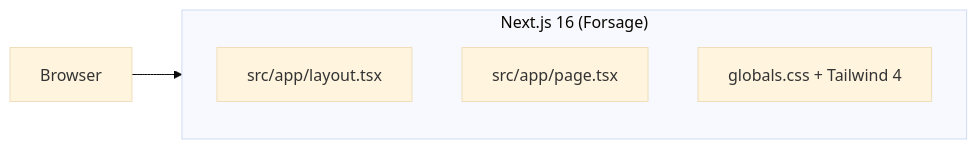
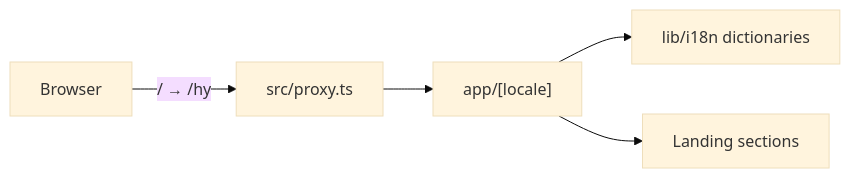
Before and after one commit to neetrino/forsageimport.am: the first of 2 diagrams in project-docs/03_ARCHITECTURE.md, drawn with Mermaid (base theme). The commit also changed other lines of this file and 120 other files, not shown here.

First line of the commit message:
Ship Forsage MVP: locale landing, calculator, lead capture, security, and QA.

````diff
--- a/project-docs/03_ARCHITECTURE.md
+++ b/project-docs/03_ARCHITECTURE.md
@@ -12,9 +12,7 @@
 ```mermaid
 flowchart LR
-  Browser --> NextApp
-  subgraph NextApp["Next.js 16 (Forsage)"]
-    Layout["src/app/layout.tsx"]
-    Page["src/app/page.tsx"]
-    CSS["globals.css + Tailwind 4"]
-  end
+  Browser -->|"/ → /hy"| Proxy["src/proxy.ts"]
+  Proxy --> LocaleApp["app/[locale]"]
+  LocaleApp --> Dict["lib/i18n dictionaries"]
+  LocaleApp --> Landing["Landing sections"]
 ```
````
